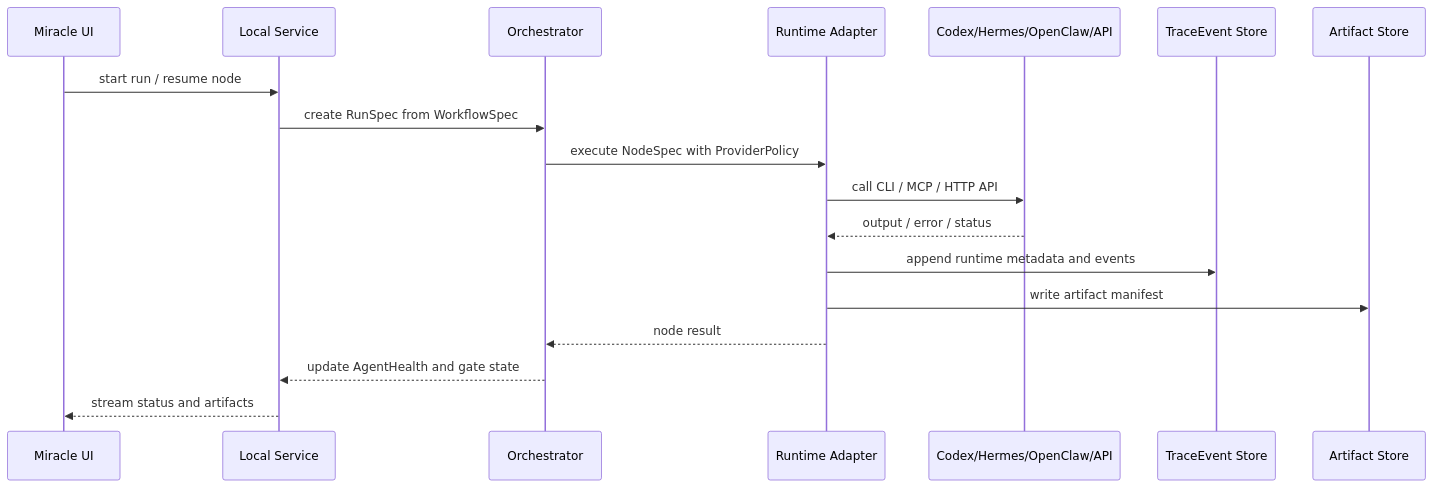
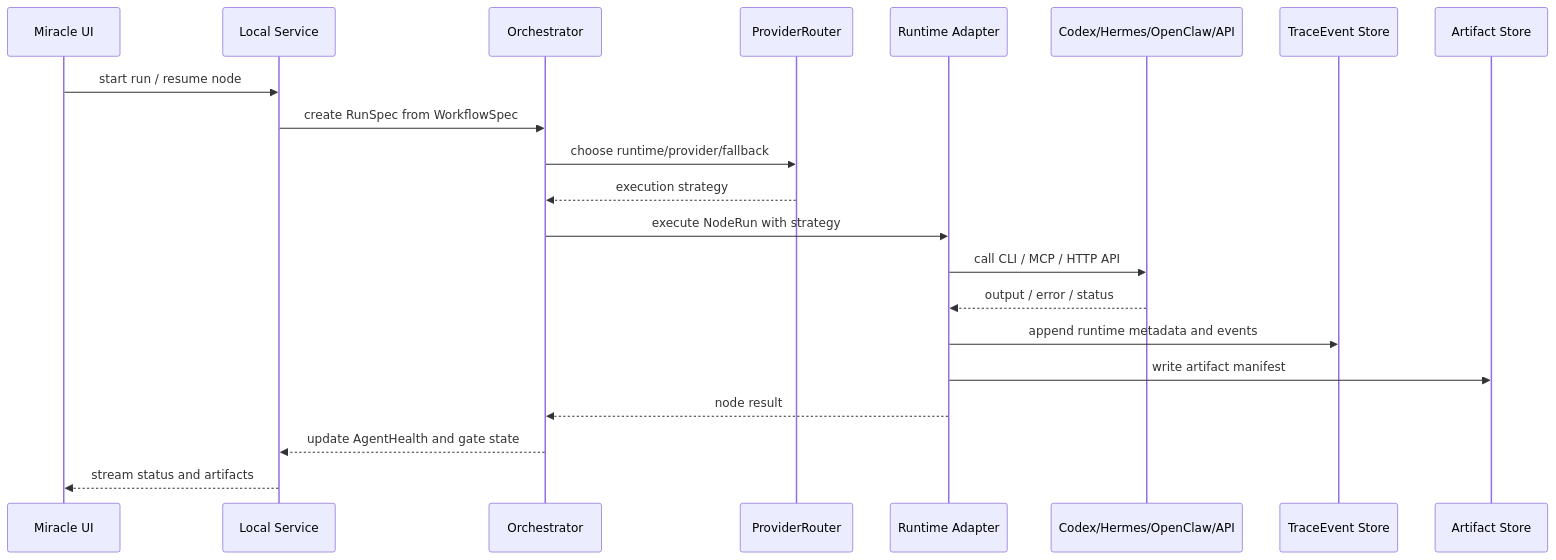
The fourth of 7 diagrams in 14_技术架构选型与系统架构图.md (haozhangyue/miracle-agent), drawn with Mermaid before and after one commit. The commit also changed other lines of this file and 7 other files, not shown here.

````diff
--- a/14_技术架构选型与系统架构图.md
+++ b/14_技术架构选型与系统架构图.md
@@ -163,21 +191,24 @@
 ```mermaid
 sequenceDiagram
   participant UI as Miracle UI
   participant SVC as Local Service
   participant ORCH as Orchestrator
+  participant ROUTER as ProviderRouter
   participant ADP as Runtime Adapter
   participant RUNTIME as Codex/Hermes/OpenClaw/API
   participant TRACE as TraceEvent Store
   participant ART as Artifact Store
 
   UI->>SVC: start run / resume node
   SVC->>ORCH: create RunSpec from WorkflowSpec
-  ORCH->>ADP: execute NodeSpec with ProviderPolicy
+  ORCH->>ROUTER: choose runtime/provider/fallback
+  ROUTER-->>ORCH: execution strategy
+  ORCH->>ADP: execute NodeRun with strategy
   ADP->>RUNTIME: call CLI / MCP / HTTP API
   RUNTIME-->>ADP: output / error / status
   ADP->>TRACE: append runtime metadata and events
   ADP->>ART: write artifact manifest
   ADP-->>ORCH: node result
   ORCH-->>SVC: update AgentHealth and gate state
   SVC-->>UI: stream status and artifacts
 ```
````
